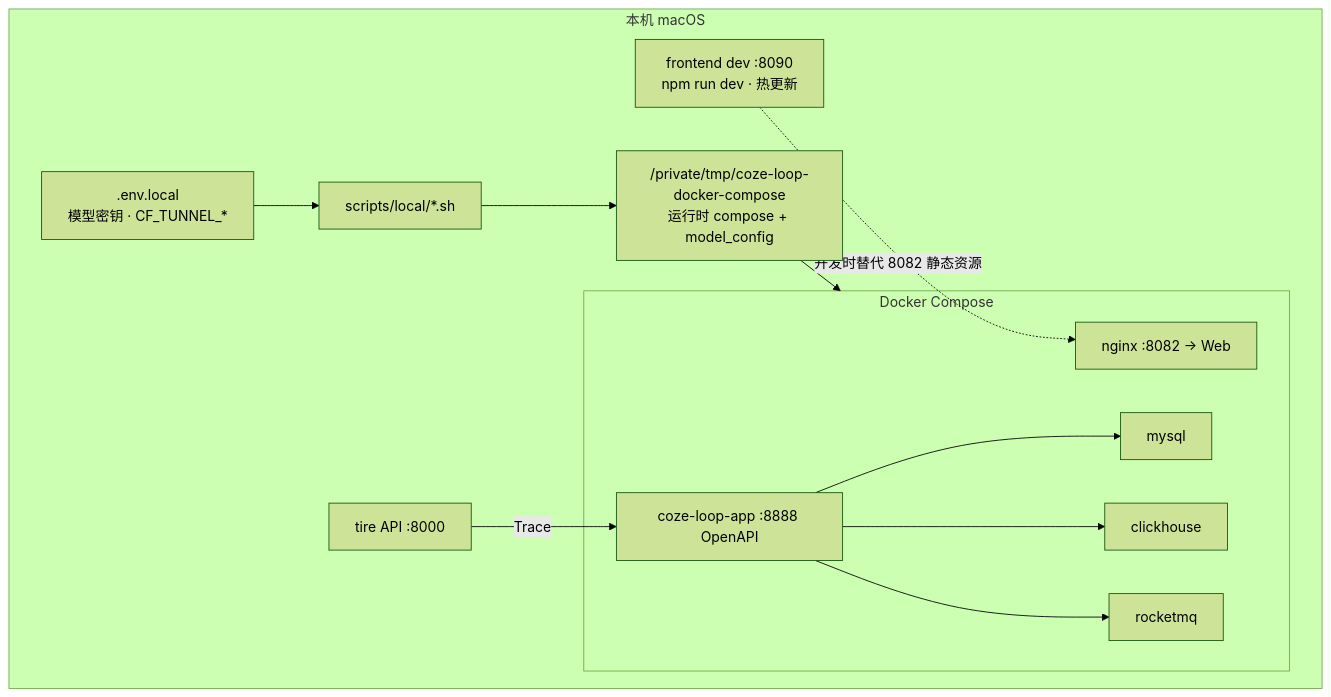
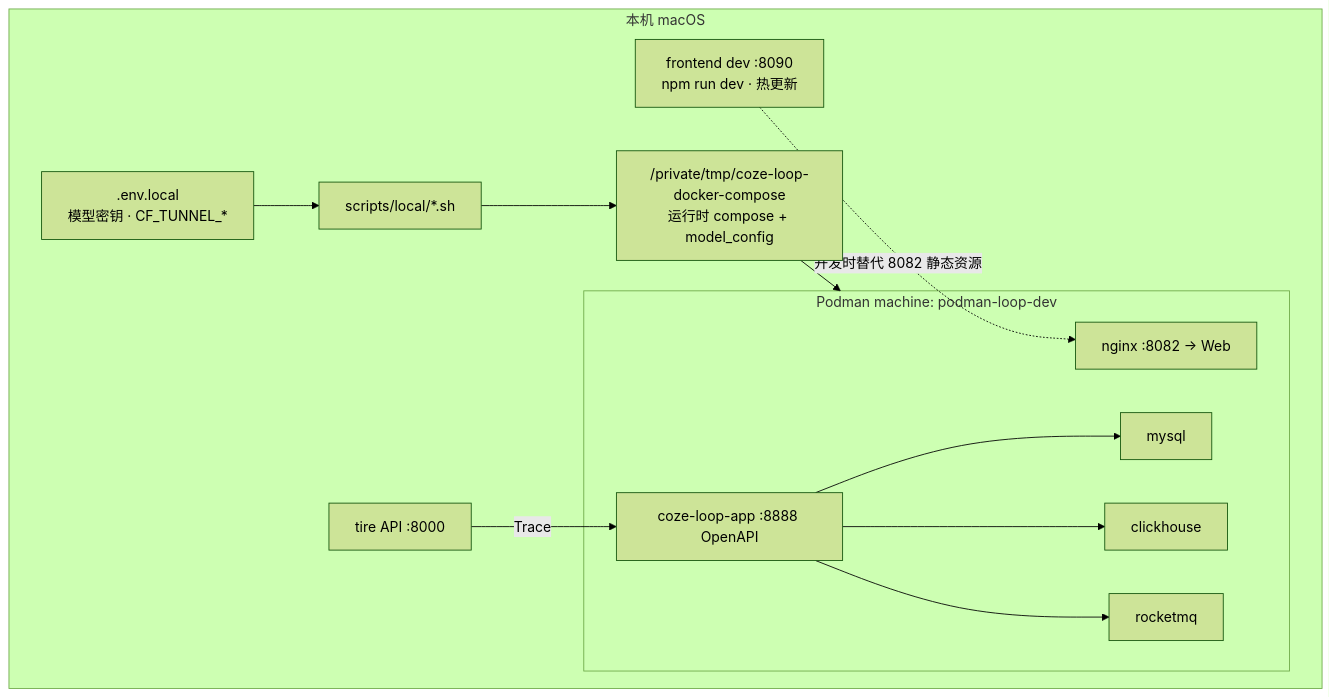
Before and after one commit to ClaireWong86/Draft-Design: the fifth of 6 diagrams in docs/prompt-loop/architecture.md, drawn with Mermaid (forest theme). The commit also changed other lines of this file and 34 other files, not shown here.

````diff
--- a/docs/prompt-loop/architecture.md
+++ b/docs/prompt-loop/architecture.md
@@ -146,29 +165,29 @@
 ```mermaid
 flowchart TB
     subgraph Host["本机 macOS"]
         Env[".env.local\n模型密钥 · CF_TUNNEL_*"]
         Tmp["/private/tmp/coze-loop-docker-compose\n运行时 compose + model_config"]
         Scripts["scripts/local/*.sh"]
 
-        subgraph Docker["Docker Compose"]
+        subgraph Podman["Podman machine: podman-loop-dev"]
             Nginx["nginx :8082 → Web"]
             App["coze-loop-app :8888 OpenAPI"]
             MySQL["mysql"]
             CH["clickhouse"]
             RMQ["rocketmq"]
             App --> MySQL
             App --> CH
             App --> RMQ
         end
 
         DevFE["frontend dev :8090\nnpm run dev · 热更新"]
         Tire["tire API :8000"]
 
         Scripts --> Tmp
         Env --> Scripts
-        Tmp --> Docker
+        Tmp --> Podman
     end
 
     DevFE -.->|"开发时替代 8082 静态资源"| Nginx
     Tire -->|"Trace"| App
 ```
````
